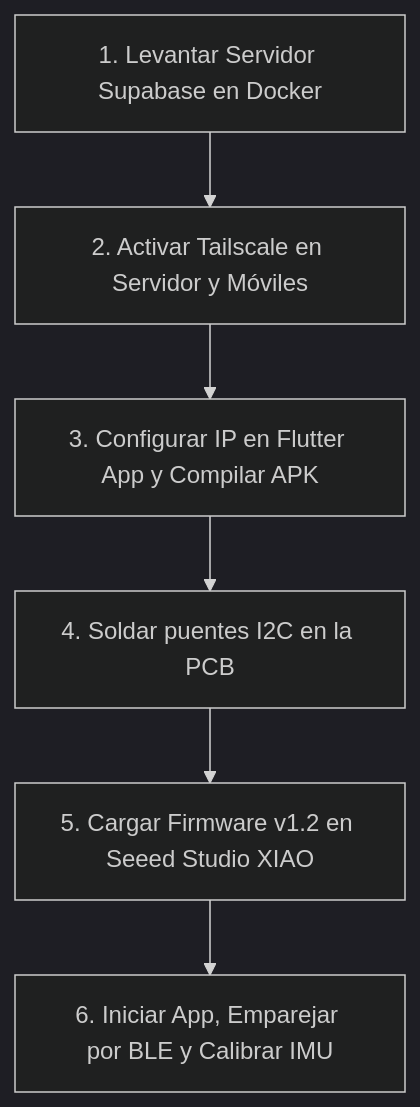
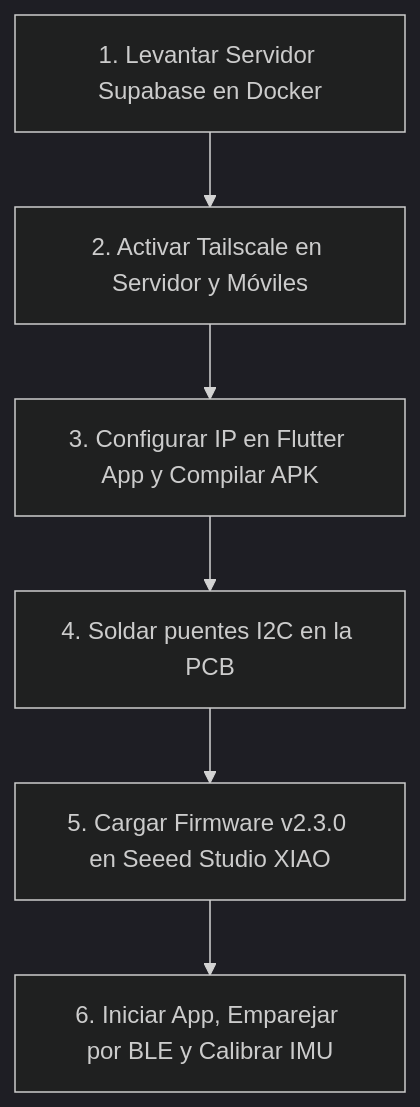
One commit to 6Ovi9/Jessi changed the second of 2 diagrams in README.md. Above: the diagram before and after it, drawn with Mermaid (dark theme). The commit also changed other lines of this file and 79 other files, not shown here.

Commit message:
feat: initialize project architecture with Flutter app modules and hardware firmware implementation

````diff
--- a/README.md
+++ b/README.md
@@ -230,8 +229,8 @@
 ```mermaid
 flowchart TD
     A[1. Levantar Servidor Supabase en Docker] --> B[2. Activar Tailscale en Servidor y Móviles]
     B --> C[3. Configurar IP en Flutter App y Compilar APK]
     C --> D[4. Soldar puentes I2C en la PCB]
-    D --> E[5. Cargar Firmware v1.2 en Seeed Studio XIAO]
+    D --> E[5. Cargar Firmware v2.3.0 en Seeed Studio XIAO]
     E --> F[6. Iniciar App, Emparejar por BLE y Calibrar IMU]
 ```
````
